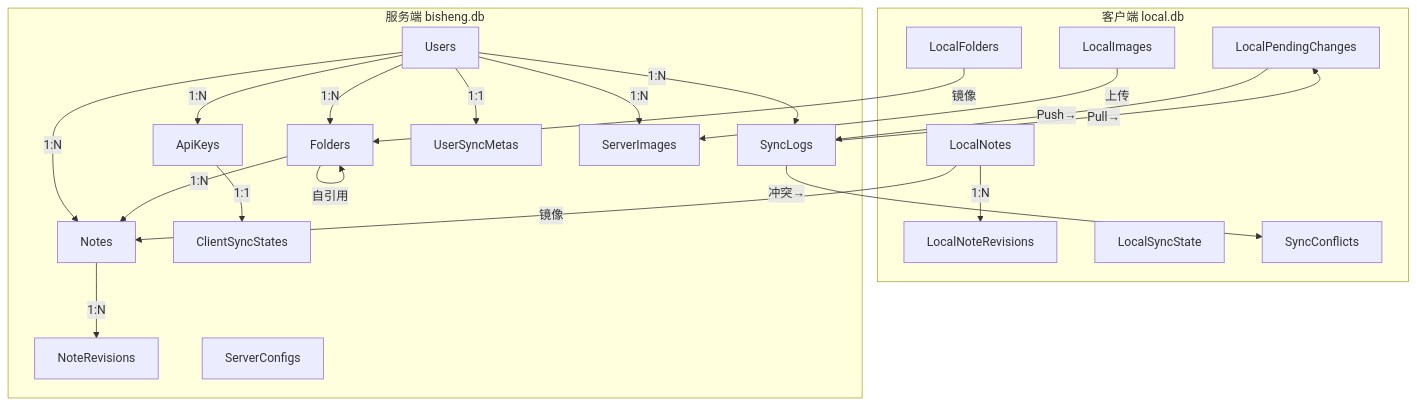
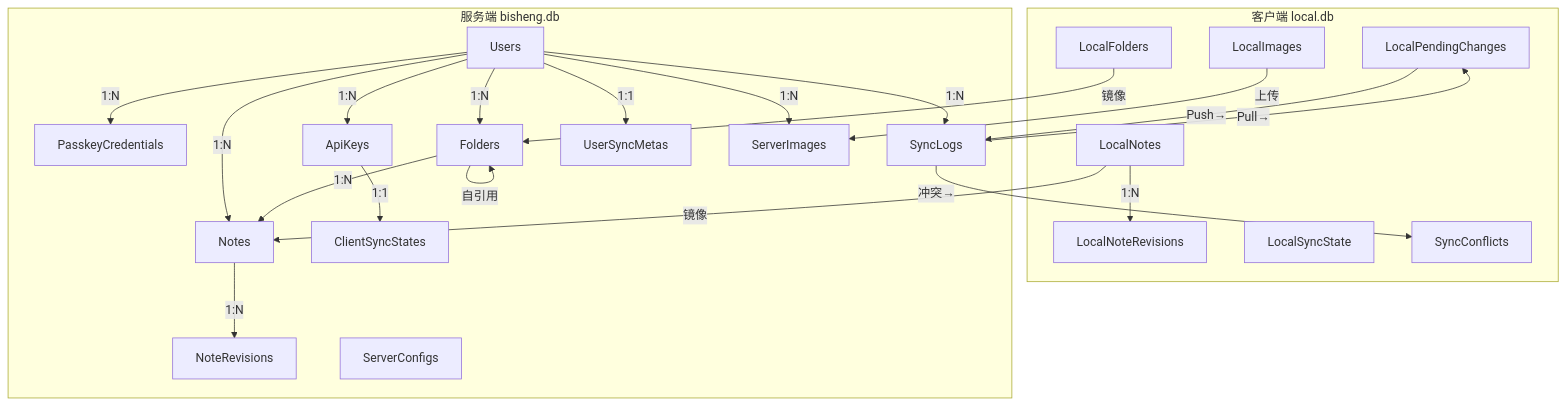
The first of 2 diagrams in src/docs/数据库设计文档.md (hillsburg/BiSheng), drawn with Mermaid before and after one commit. The commit also changed other lines of this file and 7 other files, not shown here.

````diff
--- a/src/docs/数据库设计文档.md
+++ b/src/docs/数据库设计文档.md
@@ -320,45 +355,47 @@
 ```mermaid
 graph TB
     subgraph 客户端 local.db
         LF[LocalFolders]
         LN[LocalNotes]
         LNR[LocalNoteRevisions]
         LI[LocalImages]
         LPC[LocalPendingChanges]
         LSS[LocalSyncState]
         SC[SyncConflicts]
     end
 
     subgraph 服务端 bisheng.db
         U[Users]
+        PK[PasskeyCredentials]
         AK[ApiKeys]
         SF[Folders]
         SN[Notes]
         NR[NoteRevisions]
         SL[SyncLogs]
         CSS[ClientSyncStates]
         USM[UserSyncMetas]
         SI[ServerImages]
         CFG[ServerConfigs]
     end
 
     U -->|"1:N"| AK
+    U -->|"1:N"| PK
     U -->|"1:N"| SF
     U -->|"1:N"| SN
     U -->|"1:1"| USM
     AK -->|"1:1"| CSS
     SF -->|"自引用"| SF
     SF -->|"1:N"| SN
     SN -->|"1:N"| NR
     U -->|"1:N"| SL
     U -->|"1:N"| SI
     LN -->|"1:N"| LNR
 
     LF -->|"镜像"| SF
     LN -->|"镜像"| SN
     LI -->|"上传"| SI
 
     LPC -->|"Push→"| SL
     SL -->|"Pull→"| LPC
     SL -->|"冲突→"| SC
 ```
````
